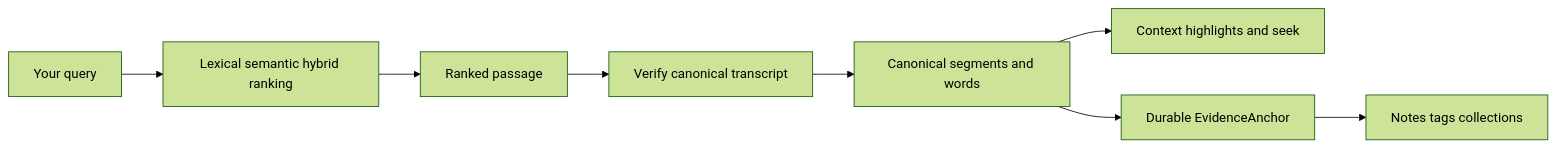
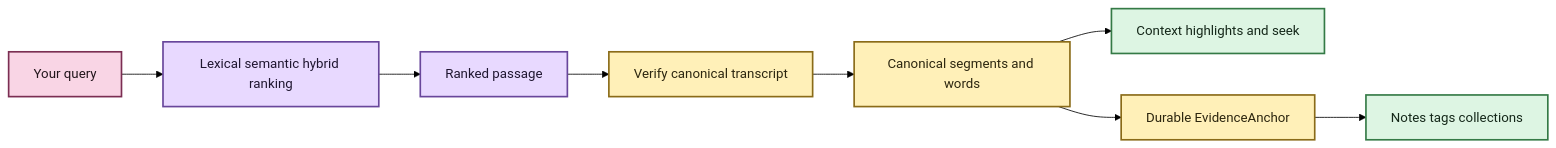
The first of 2 diagrams in docs/evidence-navigation.md (SSD1805/EchoFlow), drawn with Mermaid (forest theme) before and after one commit. The commit also changed other lines of this file and 29 other files, not shown here.

Commit message:
docs: restore Mermaid styling and refresh current product truth

````diff
--- a/docs/evidence-navigation.md
+++ b/docs/evidence-navigation.md
@@ -14,10 +14,20 @@
 ```mermaid
-graph LR;
+flowchart LR
     A[Your query] --> B[Lexical semantic hybrid ranking]
     B --> C[Ranked passage]
     C --> D[Verify canonical transcript]
     D --> E[Canonical segments and words]
     E --> F[Context highlights and seek]
     E --> G[Durable EvidenceAnchor]
     G --> H[Notes tags collections]
+
+    classDef source fill:#F9D5E5,stroke:#7B2E52,stroke-width:2px,color:#22151B
+    classDef process fill:#E8D9FF,stroke:#68469B,stroke-width:2px,color:#1F1630
+    classDef evidence fill:#FFF0B8,stroke:#8A6B18,stroke-width:2px,color:#2C260F
+    classDef view fill:#DDF5E3,stroke:#347A46,stroke-width:2px,color:#142719
+
+    class A source
+    class B,C process
+    class D,E,G evidence
+    class F,H view
 ```
````
